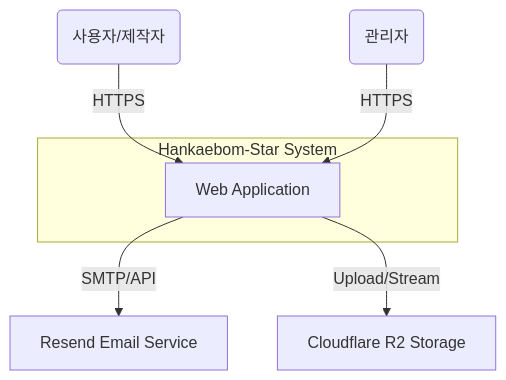
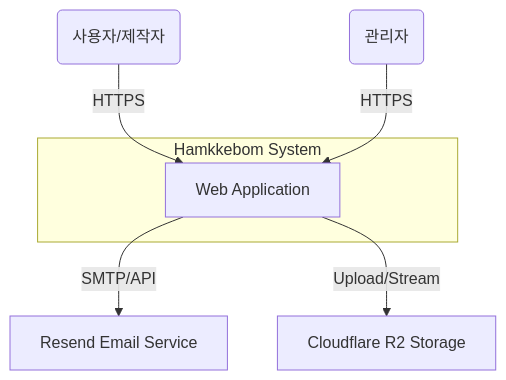
The first of 2 diagrams in docs/02-architecture/OVERVIEW.md (hamkkebom/Ask-the-Stars), drawn with Mermaid before and after one commit. The commit also changed other lines of this file and 400 other files, not shown here.

````diff
--- a/docs/02-architecture/OVERVIEW.md
+++ b/docs/02-architecture/OVERVIEW.md
@@ -12,18 +12,18 @@
 ```mermaid
 graph TD
     User(사용자/제작자)
     Admin(관리자)
     
-    subgraph "Hankaebom-Star System"
+    subgraph "Hamkkebom System"
         WebApp[Web Application]
     end
     
     EmailSystem[Resend Email Service]
     Storage[Cloudflare R2 Storage]
     
     User -->|HTTPS| WebApp
     Admin -->|HTTPS| WebApp
     
     WebApp -->|SMTP/API| EmailSystem
     WebApp -->|Upload/Stream| Storage
 ```
````
